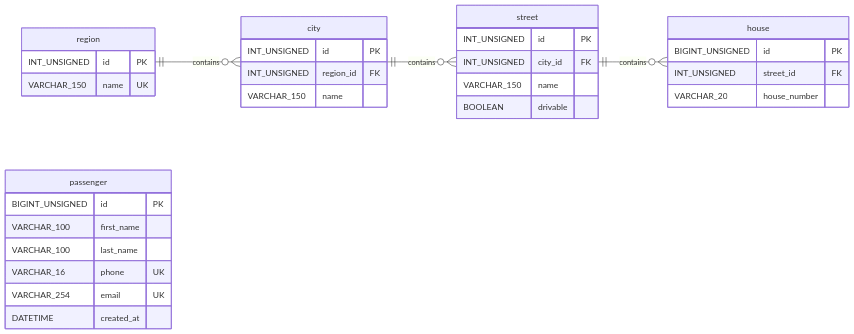
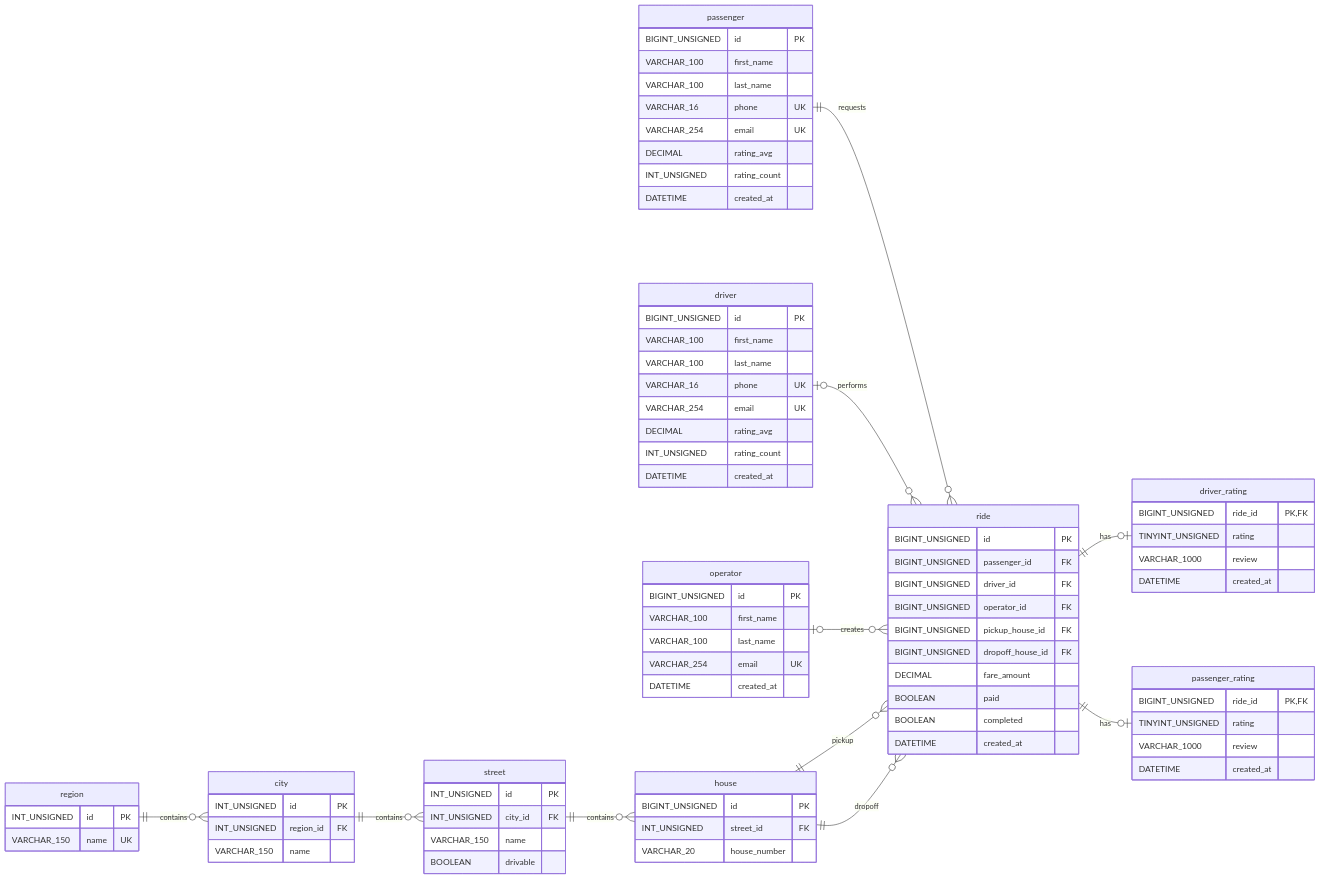
Before and after one commit to Kostaiev/sql-uber: the diagram in README.md, drawn with Mermaid. The commit also changed other lines of this file and 10 other files, not shown here.

````diff
--- a/README.md
+++ b/README.md
@@ -23,6 +23,16 @@
     region ||--o{ city : contains
     city ||--o{ street : contains
     street ||--o{ house : contains
+
+    passenger ||--o{ ride : requests
+    driver |o--o{ ride : performs
+    operator |o--o{ ride : creates
+
+    house ||--o{ ride : pickup
+    house ||--o{ ride : dropoff
+
+    ride ||--o| driver_rating : has
+    ride ||--o| passenger_rating : has
 
     region {
         INT_UNSIGNED id PK
@@ -54,6 +64,54 @@
         VARCHAR_100 last_name
         VARCHAR_16 phone UK
         VARCHAR_254 email UK
+        DECIMAL rating_avg
+        INT_UNSIGNED rating_count
+        DATETIME created_at
+    }
+
+    driver {
+        BIGINT_UNSIGNED id PK
+        VARCHAR_100 first_name
+        VARCHAR_100 last_name
+        VARCHAR_16 phone UK
+        VARCHAR_254 email UK
+        DECIMAL rating_avg
+        INT_UNSIGNED rating_count
+        DATETIME created_at
+    }
+
+    operator {
+        BIGINT_UNSIGNED id PK
+        VARCHAR_100 first_name
+        VARCHAR_100 last_name
+        VARCHAR_254 email UK
+        DATETIME created_at
+    }
+
+    ride {
+        BIGINT_UNSIGNED id PK
+        BIGINT_UNSIGNED passenger_id FK
+        BIGINT_UNSIGNED driver_id FK
+        BIGINT_UNSIGNED operator_id FK
+        BIGINT_UNSIGNED pickup_house_id FK
+        BIGINT_UNSIGNED dropoff_house_id FK
+        DECIMAL fare_amount
+        BOOLEAN paid
+        BOOLEAN completed
+        DATETIME created_at
+    }
+
+    driver_rating {
+        BIGINT_UNSIGNED ride_id PK,FK
+        TINYINT_UNSIGNED rating
+        VARCHAR_1000 review
+        DATETIME created_at
+    }
+
+    passenger_rating {
+        BIGINT_UNSIGNED ride_id PK,FK
+        TINYINT_UNSIGNED rating
+        VARCHAR_1000 review
         DATETIME created_at
     }
 ```
````
